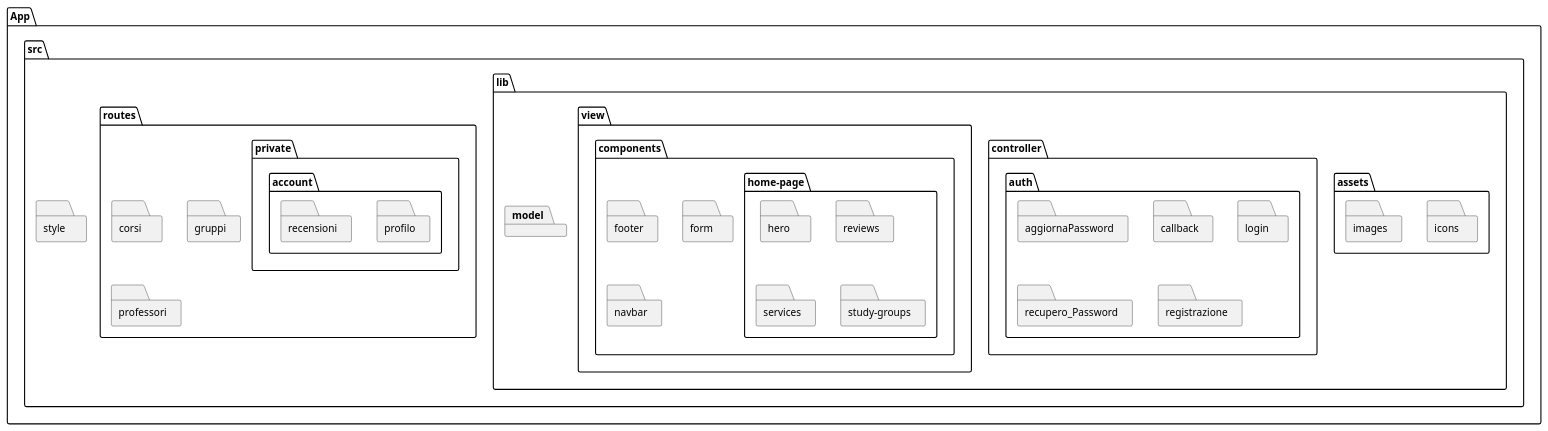
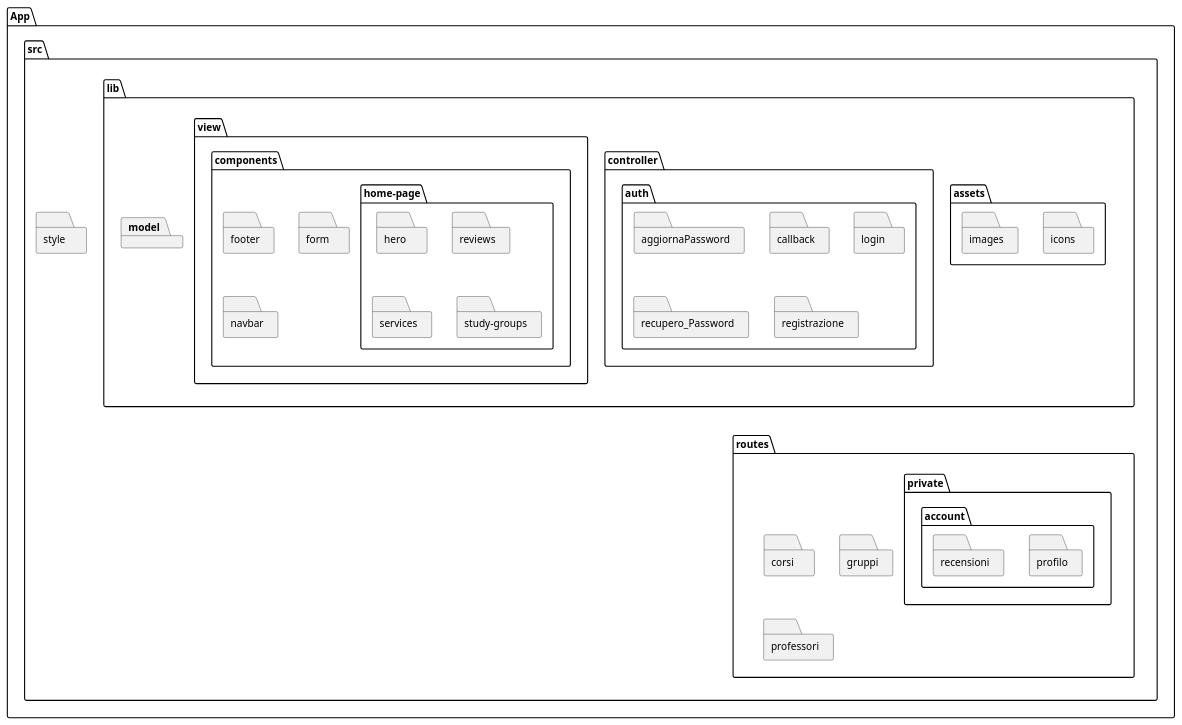
The diagram in Diagrammi/Package Diagram/package.puml (AndreaCremonesi4/UniTeam), drawn with PlantUML before and after one commit. The commit also changed 1 other file, not shown here.

Commit message:
Updated Diagrams

```diff
--- a/Diagrammi/Package Diagram/package.puml
+++ b/Diagrammi/Package Diagram/package.puml
@@ -1,64 +1,65 @@
 @startuml PackageDiagram
-
-'left to right direction
 
 package App {
    package src{
         package lib {
             package assets{
                 folder icons
                 folder images
             }
             
             package controller {
                 folder auth
             }
 
             package view {
                 package components{
                     folder auth
                     folder footer 
                     folder form
                     package "home-page"{
                         folder hero 
                         folder reviews
                         folder services
                         folder "study-groups"
                     }
                     folder navbar
                 }
             }
 
             package model {
               'da infilarci qualcosa di piccolo se no diventa troppo largo 
             }
         }
 
         package routes {
             package "(auth)" {
                 folder aggiornaPassword
                 package auth{
                     folder callback
                 }
                 folder login
                 folder recupero_Password
                 folder registrazione
             }
             
             package "(private)"{
                 package account{
                     folder profilo
                     folder recensioni
                 }
             }
 
             folder corsi
             folder gruppi
             folder professori
         }
         
         folder style
     }
 }
 
+routes -[hidden]u-- lib
+lib -[hidden]d- routes
+
 @enduml
```
